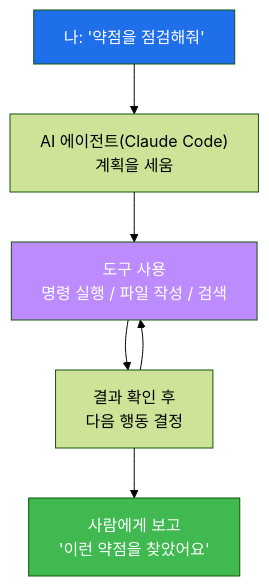
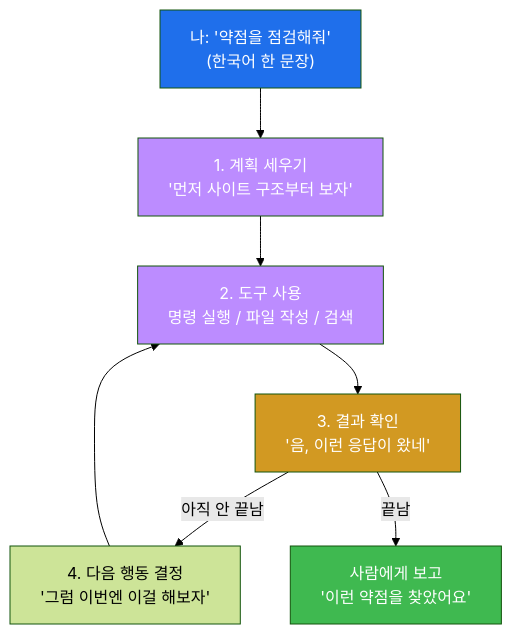
One commit to mrgrit/easy_web_hacking_class changed the second of 3 diagrams in contents/training/lecture_week01.md. Above: the diagram before and after it, drawn with Mermaid (forest theme). The commit also changed other lines of this file and 23 other files, not shown here.

````diff
--- a/contents/training/lecture_week01.md
+++ b/contents/training/lecture_week01.md
@@ -118,11 +189,14 @@
 ```mermaid
 graph TD
-    A["나: '약점을 점검해줘'"] --> B["AI 에이전트(Claude Code)<br/>계획을 세움"]
-    B --> C["도구 사용<br/>명령 실행 / 파일 작성 / 검색"]
-    C --> D["결과 확인 후<br/>다음 행동 결정"]
-    D --> C
-    D --> E["사람에게 보고<br/>'이런 약점을 찾았어요'"]
+    A["나: '약점을 점검해줘'<br/>(한국어 한 문장)"] --> B["1. 계획 세우기<br/>'먼저 사이트 구조부터 보자'"]
+    B --> C["2. 도구 사용<br/>명령 실행 / 파일 작성 / 검색"]
+    C --> D["3. 결과 확인<br/>'음, 이런 응답이 왔네'"]
+    D -->|"아직 안 끝남"| E["4. 다음 행동 결정<br/>'그럼 이번엔 이걸 해보자'"]
+    E --> C
+    D -->|"끝남"| F["사람에게 보고<br/>'이런 약점을 찾았어요'"]
     style A fill:#1f6feb,color:#fff
+    style B fill:#bc8cff,color:#fff
     style C fill:#bc8cff,color:#fff
-    style E fill:#3fb950,color:#fff
+    style D fill:#d29922,color:#fff
+    style F fill:#3fb950,color:#fff
 ```
````
